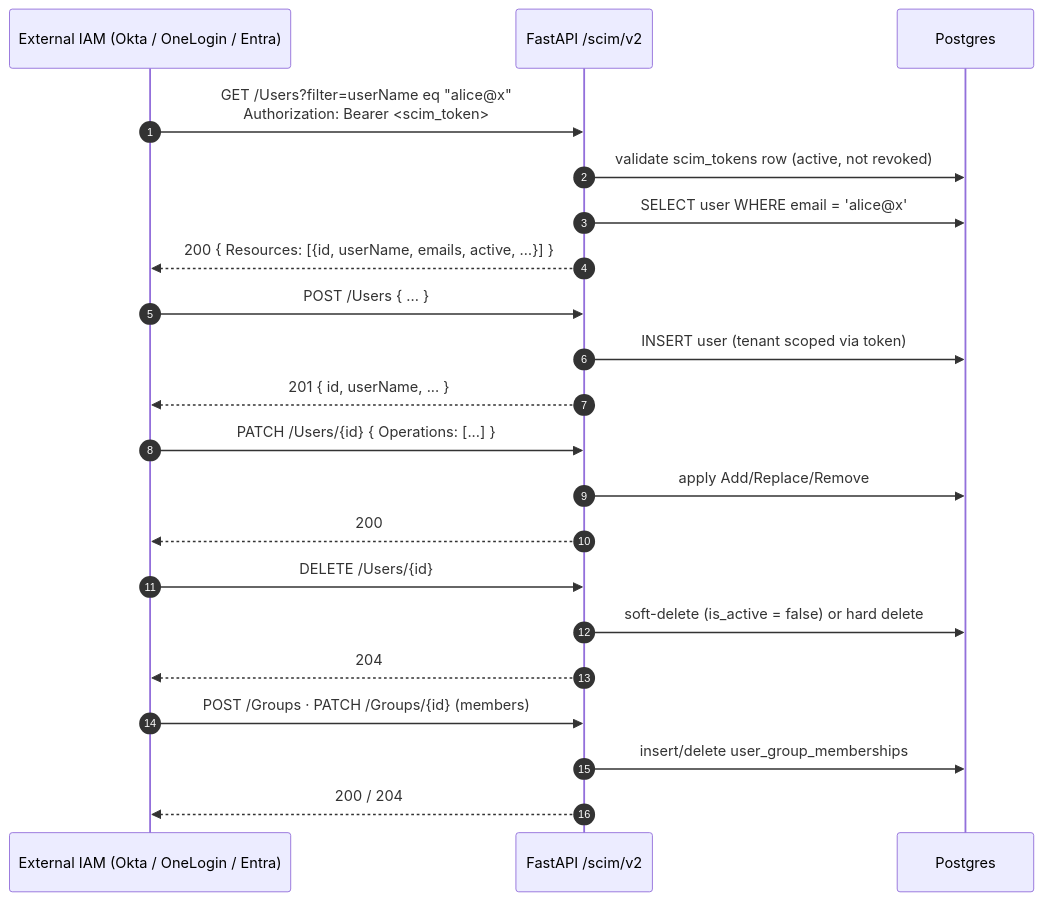
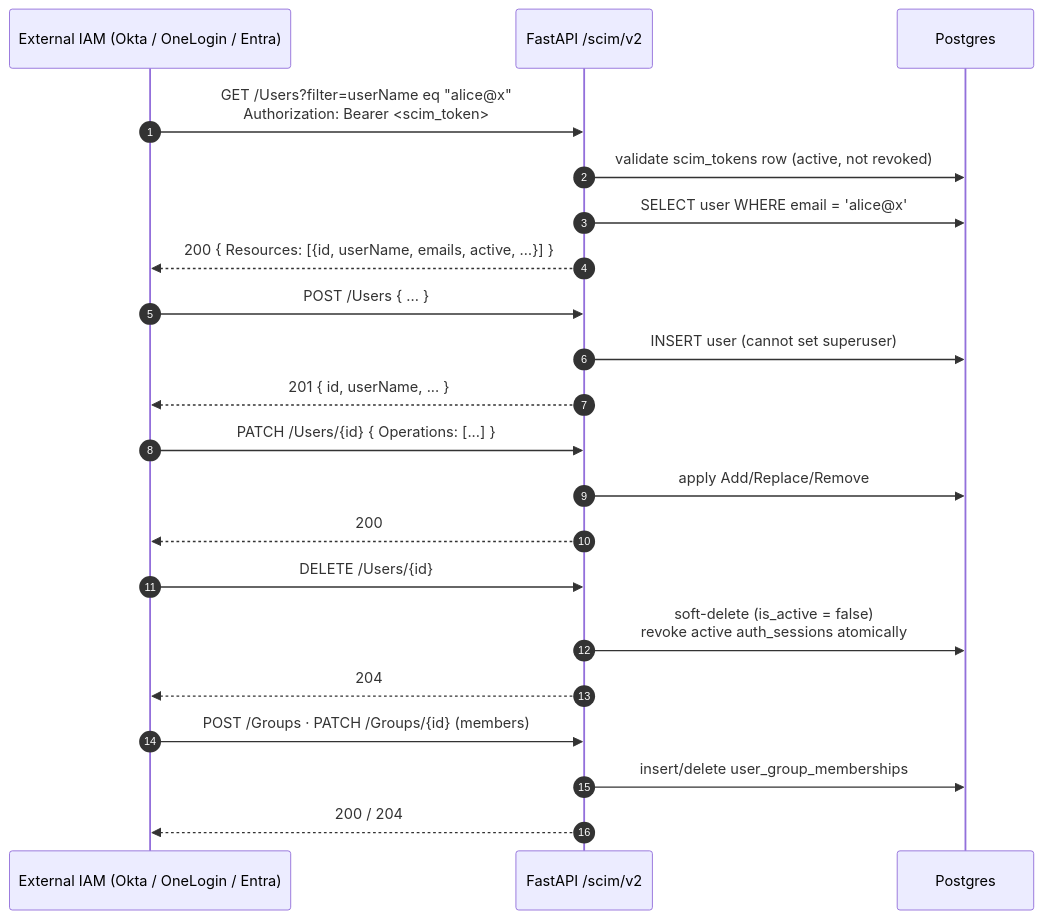
Before and after one commit to nerdy-krishna/ai-secure-coding-compliance-platform: the fifth of 5 diagrams in docs/docs/architecture/diagrams/08-auth-tenancy-sso.md, drawn with Mermaid. The commit also changed other lines of this file and 16 other files, not shown here.

````diff
--- a/docs/docs/architecture/diagrams/08-auth-tenancy-sso.md
+++ b/docs/docs/architecture/diagrams/08-auth-tenancy-sso.md
@@ -163,28 +165,28 @@
 ```mermaid
 sequenceDiagram
     autonumber
     participant IDM as External IAM (Okta / OneLogin / Entra)
     participant API as FastAPI /scim/v2
     participant DB as Postgres
 
     IDM->>API: GET /Users?filter=userName eq "alice@x"<br/>Authorization: Bearer <scim_token>
     API->>DB: validate scim_tokens row (active, not revoked)
     API->>DB: SELECT user WHERE email = 'alice@x'
     API-->>IDM: 200 { Resources: [{id, userName, emails, active, …}] }
 
     IDM->>API: POST /Users { ... }
-    API->>DB: INSERT user (tenant scoped via token)
+    API->>DB: INSERT user (cannot set superuser)
     API-->>IDM: 201 { id, userName, ... }
 
     IDM->>API: PATCH /Users/{id} { Operations: [...] }
     API->>DB: apply Add/Replace/Remove
     API-->>IDM: 200
 
     IDM->>API: DELETE /Users/{id}
-    API->>DB: soft-delete (is_active = false) or hard delete
+    API->>DB: soft-delete (is_active = false)<br/>revoke active auth_sessions atomically
     API-->>IDM: 204
 
     IDM->>API: POST /Groups · PATCH /Groups/{id} (members)
     API->>DB: insert/delete user_group_memberships
     API-->>IDM: 200 / 204
 ```
````
